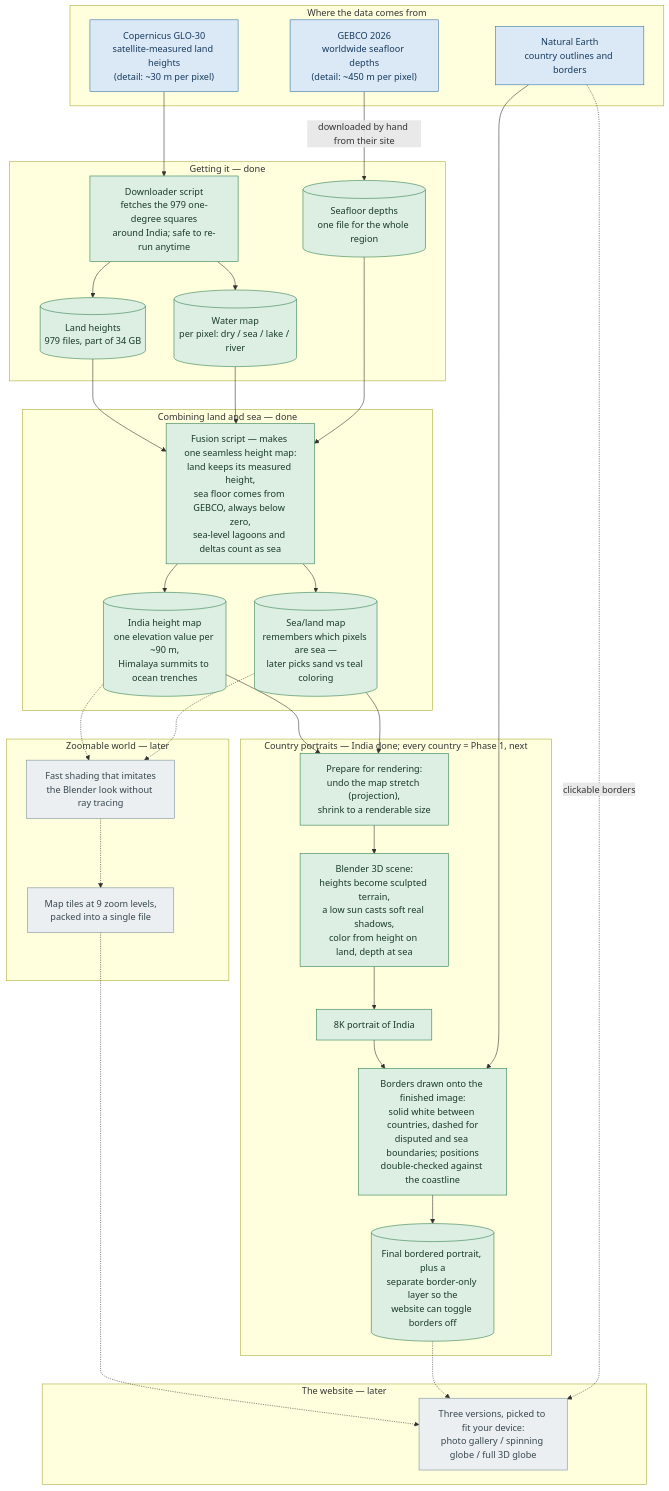
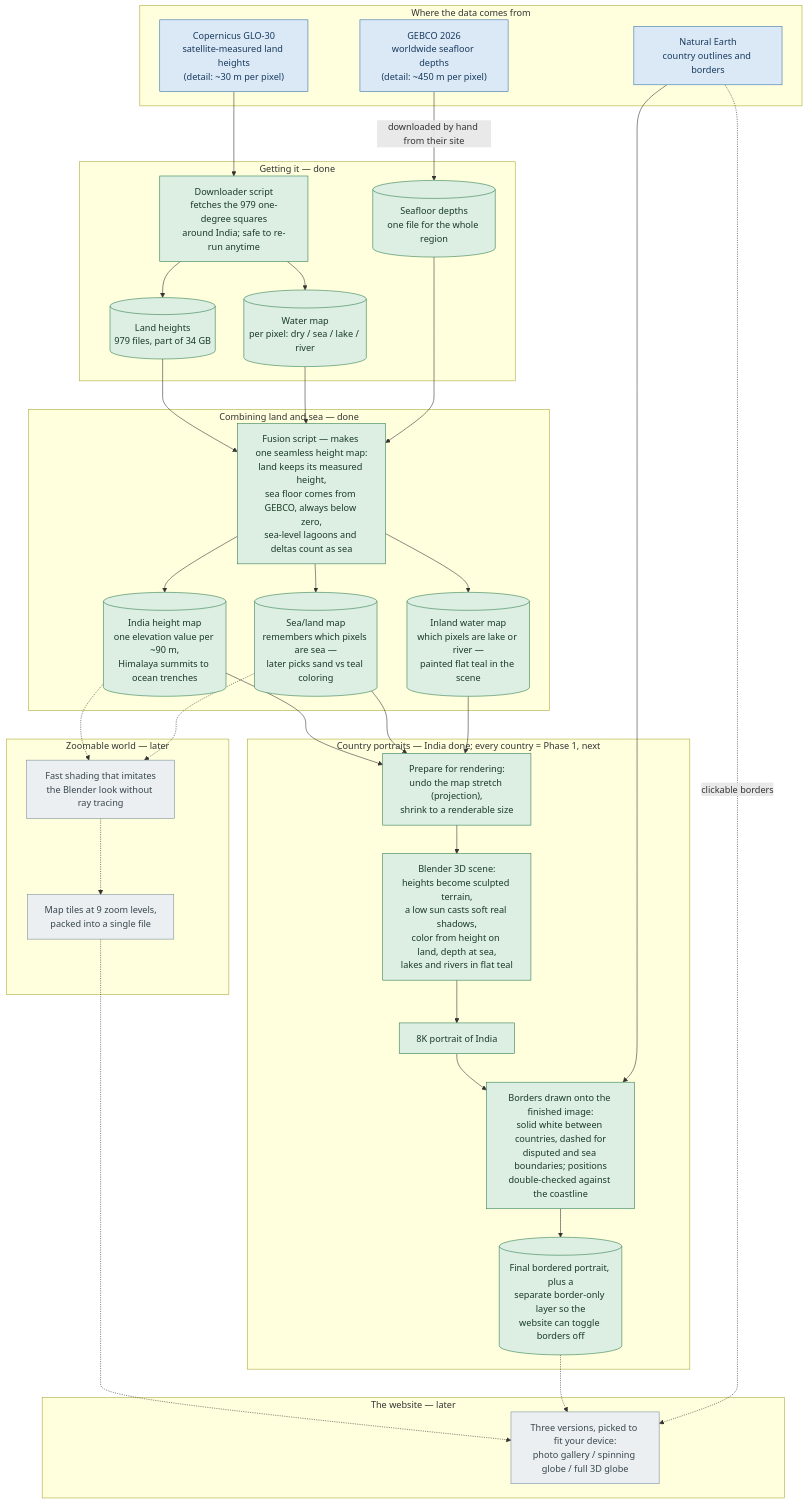
Before and after one commit to Alchez/terrella: the diagram in docs/pipeline-overview.mmd, drawn with Mermaid. The commit also changed 7 other files, not shown here.

First line of the commit message:
feat: add hydro overlay mode and lake-depth prototype

```diff
--- a/docs/pipeline-overview.mmd
+++ b/docs/pipeline-overview.mmd
@@ -1,75 +1,78 @@
 flowchart TD
 
   subgraph SRC["Where the data comes from"]
     S1["Copernicus GLO-30<br/>satellite-measured land heights<br/>(detail: ~30 m per pixel)"]
     S2["GEBCO 2026<br/>worldwide seafloor depths<br/>(detail: ~450 m per pixel)"]
     S3["Natural Earth<br/>country outlines and borders"]
   end
 
   subgraph ACQ["Getting it — done"]
     D1["Downloader script<br/>fetches the 979 one-degree squares<br/>around India; safe to re-run anytime"]
     R1[("Land heights<br/>979 files, part of 34 GB")]
     R2[("Water map<br/>per pixel: dry / sea / lake / river")]
     R3[("Seafloor depths<br/>one file for the whole region")]
   end
 
   S1 --> D1
   D1 --> R1
   D1 --> R2
   S2 -->|downloaded by hand from their site| R3
 
   subgraph FUSE["Combining land and sea — done"]
     F["Fusion script — makes one seamless height map:<br/>land keeps its measured height,<br/>sea floor comes from GEBCO, always below zero,<br/>sea-level lagoons and deltas count as sea"]
     O1[("India height map<br/>one elevation value per ~90 m,<br/>Himalaya summits to ocean trenches")]
     O2[("Sea/land map<br/>remembers which pixels are sea —<br/>later picks sand vs teal coloring")]
+    O3[("Inland water map<br/>which pixels are lake or river —<br/>painted flat teal in the scene")]
   end
 
   R1 --> F
   R2 --> F
   R3 --> F
   F --> O1
   F --> O2
+  F --> O3
 
   subgraph HERO["Country portraits — India done; every country = Phase 1, next"]
     P["Prepare for rendering:<br/>undo the map stretch (projection),<br/>shrink to a renderable size"]
-    B["Blender 3D scene:<br/>heights become sculpted terrain,<br/>a low sun casts soft real shadows,<br/>color from height on land, depth at sea"]
+    B["Blender 3D scene:<br/>heights become sculpted terrain,<br/>a low sun casts soft real shadows,<br/>color from height on land, depth at sea,<br/>lakes and rivers in flat teal"]
     H8["8K portrait of India"]
     OV["Borders drawn onto the finished image:<br/>solid white between countries, dashed for<br/>disputed and sea boundaries; positions<br/>double-checked against the coastline"]
     HF[("Final bordered portrait, plus a<br/>separate border-only layer so the<br/>website can toggle borders off")]
   end
 
   O1 --> P
   O2 --> P
+  O3 --> P
   P --> B
   B --> H8
   H8 --> OV
   S3 --> OV
   OV --> HF
 
   subgraph TILES["Zoomable world — later"]
     T1["Fast shading that imitates<br/>the Blender look without ray tracing"]
     T2["Map tiles at 9 zoom levels,<br/>packed into a single file"]
   end
 
   O1 -.-> T1
   O2 -.-> T1
   T1 -.-> T2
 
   subgraph SITE["The website — later"]
     W["Three versions, picked to fit your device:<br/>photo gallery / spinning globe / full 3D globe"]
   end
 
   T2 -.-> W
   HF -.-> W
   S3 -.->|clickable borders| W
 
   classDef ext fill:#dbe9f6,stroke:#3572a5,color:#173a5e
   classDef done fill:#dcefe2,stroke:#2e7d4f,color:#1a3a28
   classDef next fill:#fdf3d7,stroke:#b8860b,color:#4a3a10
   classDef plan fill:#eceff1,stroke:#78909c,color:#37474f
 
   class S1,S2,S3 ext
   class D1,R1,R2,R3 done
-  class F,O1,O2 done
+  class F,O1,O2,O3 done
   class P,B,H8,OV,HF done
   class T1,T2,W plan
```
